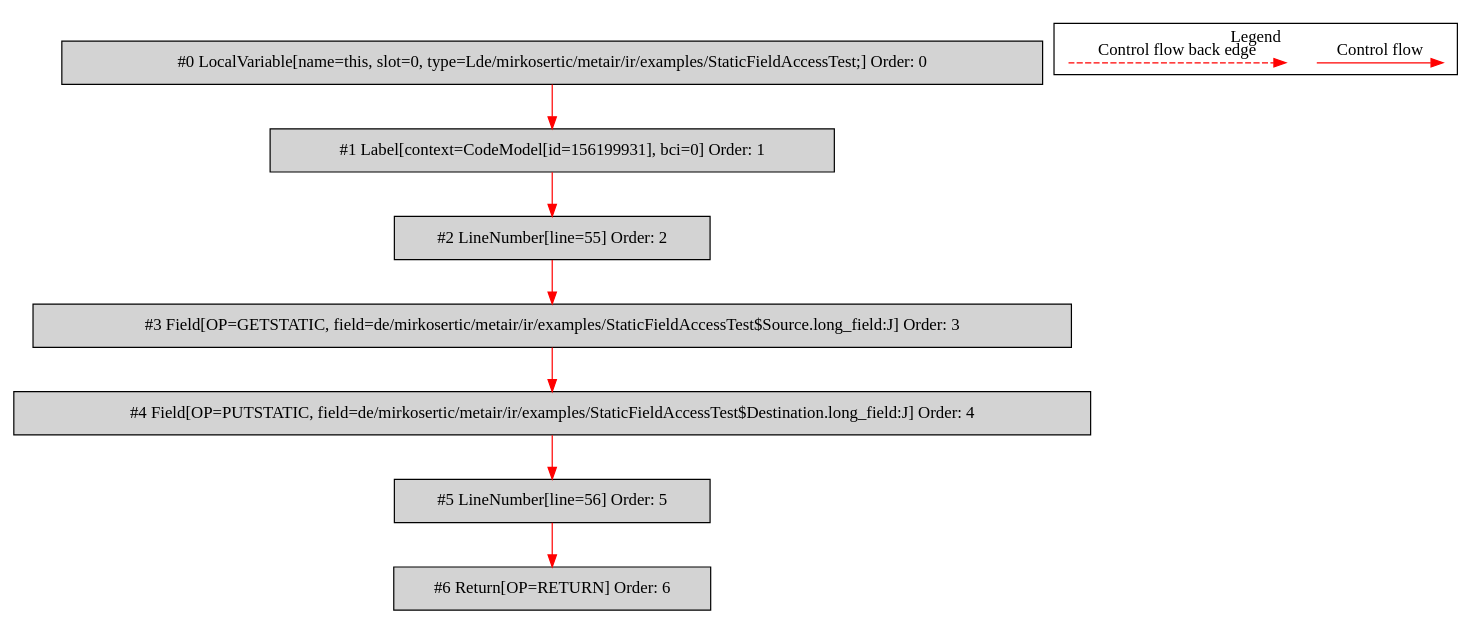
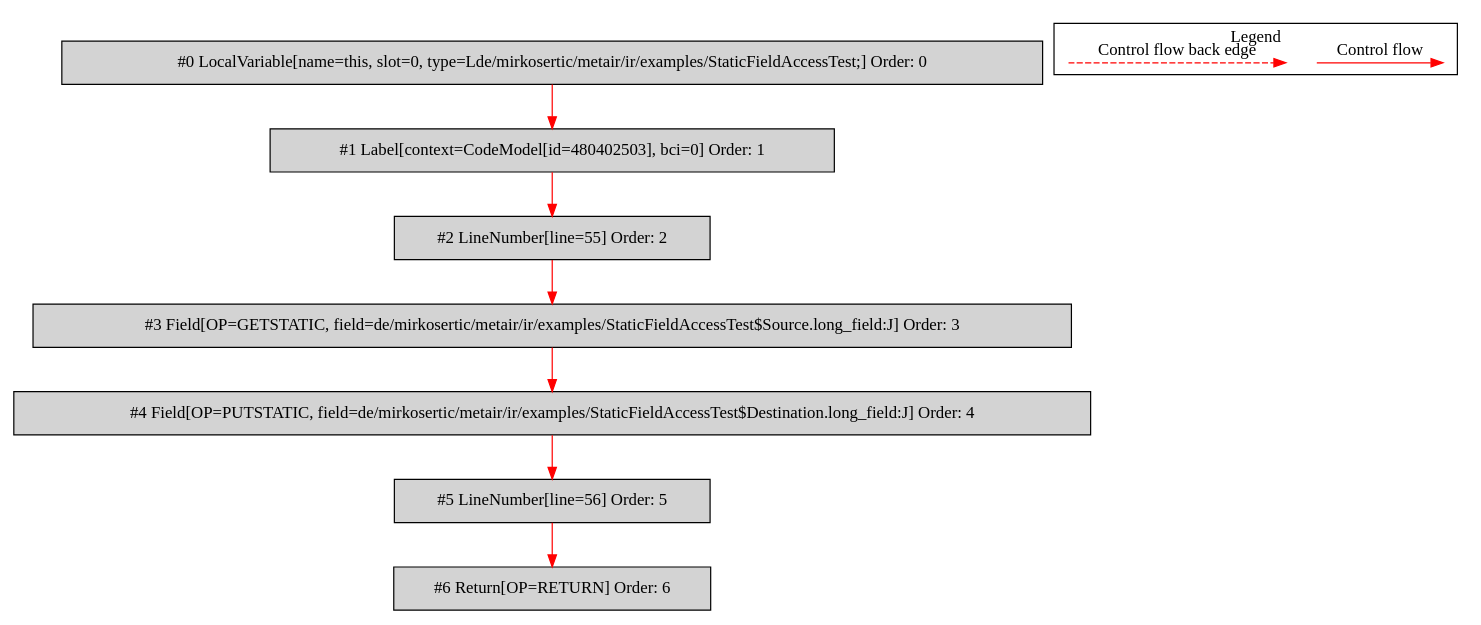
The diagram in de.mirkosertic.metair.ir.examples.StaticFieldAccessTest/copy_long/bytecodecfg.dot (mirkosertic/MetaIR), drawn with Graphviz before and after one commit. The commit also changed 77 other files, not shown here.

```diff
--- a/de.mirkosertic.metair.ir.examples.StaticFieldAccessTest/copy_long/bytecodecfg.dot
+++ b/de.mirkosertic.metair.ir.examples.StaticFieldAccessTest/copy_long/bytecodecfg.dot
@@ -1,29 +1,29 @@
 digraph {
  node0[label="#0 LocalVariable[name=this, slot=0, type=Lde/mirkosertic/metair/ir/examples/StaticFieldAccessTest;] Order: 0", shape=box, fillcolor=lightgrey, style=filled];
- node1[label="#1 Label[context=CodeModel[id=156199931], bci=0] Order: 1", shape=box, fillcolor=lightgrey, style=filled];
+ node1[label="#1 Label[context=CodeModel[id=480402503], bci=0] Order: 1", shape=box, fillcolor=lightgrey, style=filled];
  node2[label="#2 LineNumber[line=55] Order: 2", shape=box, fillcolor=lightgrey, style=filled];
  node3[label="#3 Field[OP=GETSTATIC, field=de/mirkosertic/metair/ir/examples/StaticFieldAccessTest$Source.long_field:J] Order: 3", shape=box, fillcolor=lightgrey, style=filled];
  node4[label="#4 Field[OP=PUTSTATIC, field=de/mirkosertic/metair/ir/examples/StaticFieldAccessTest$Destination.long_field:J] Order: 4", shape=box, fillcolor=lightgrey, style=filled];
  node5[label="#5 LineNumber[line=56] Order: 5", shape=box, fillcolor=lightgrey, style=filled];
  node6[label="#6 Return[OP=RETURN] Order: 6", shape=box, fillcolor=lightgrey, style=filled];
  node0 -> node1[color=red];
  node1 -> node2[color=red];
  node2 -> node3[color=red];
  node3 -> node4[color=red];
  node4 -> node5[color=red];
  node5 -> node6[color=red];
  subgraph cluster_000 {
   label = "Legend";
   node [shape=point]
   {
    rank=same;
    c0 [style = invis];
    c1 [style = invis];
    c2 [style = invis];
    c3 [style = invis];
   }
   c0 -> c1 [label="Control flow", style=solid, color=red]
   c2 -> c3 [label="Control flow back edge", style=dashed, color=red]
  }
 
 }
```
